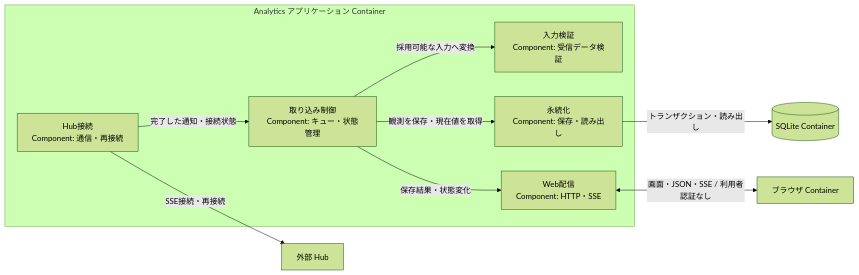
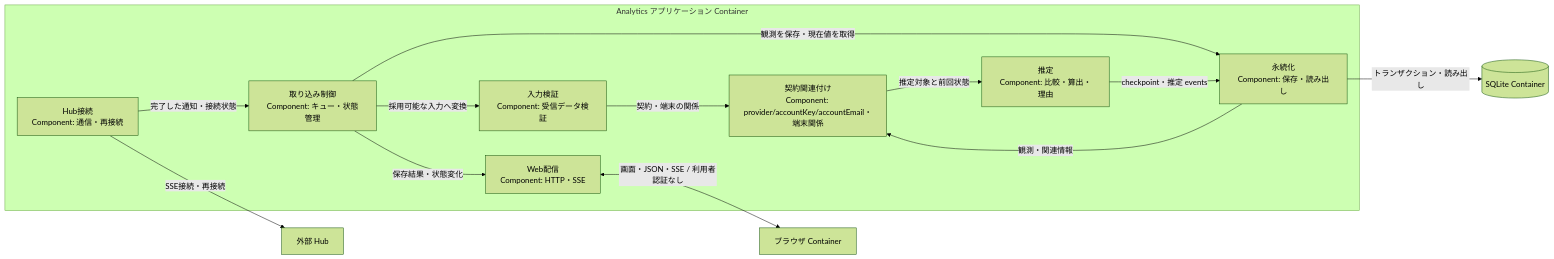
Before and after one commit to nuitsjp/token-monitor-analytics: the third of 4 diagrams in docs/architecture.md, drawn with Mermaid (forest theme). The commit also changed other lines of this file and 43 other files, not shown here.

Commit message:
Document shared contract estimation and verification status

````diff
--- a/docs/architecture.md
+++ b/docs/architecture.md
@@ -62,20 +62,26 @@
 ```mermaid
 flowchart LR
     Hub["外部 Hub"]
     Browser["ブラウザ Container"]
     DB[("SQLite Container")]
     subgraph Node["Analytics アプリケーション Container"]
         Connection["Hub接続<br/>Component: 通信・再接続"]
         Intake["取り込み制御<br/>Component: キュー・状態管理"]
         Validation["入力検証<br/>Component: 受信データ検証"]
+        ContractMap["契約関連付け<br/>Component: provider/accountKey/accountEmail・端末関係"]
+        Estimation["推定<br/>Component: 比較・算出・理由"]
         Store["永続化<br/>Component: 保存・読み出し"]
         Web["Web配信<br/>Component: HTTP・SSE"]
     end
     Connection -->|SSE接続・再接続| Hub
     Connection -->|完了した通知・接続状態| Intake
     Intake -->|採用可能な入力へ変換| Validation
+    Validation -->|契約・端末の関係| ContractMap
     Intake -->|観測を保存・現在値を取得| Store
+    Store -->|観測・関連情報| ContractMap
+    ContractMap -->|推定対象と前回状態| Estimation
+    Estimation -->|checkpoint・推定 events| Store
     Store -->|トランザクション・読み出し| DB
     Intake -->|保存結果・状態変化| Web
     Web <-->|画面・JSON・SSE / 利用者認証なし| Browser
 ```
````
